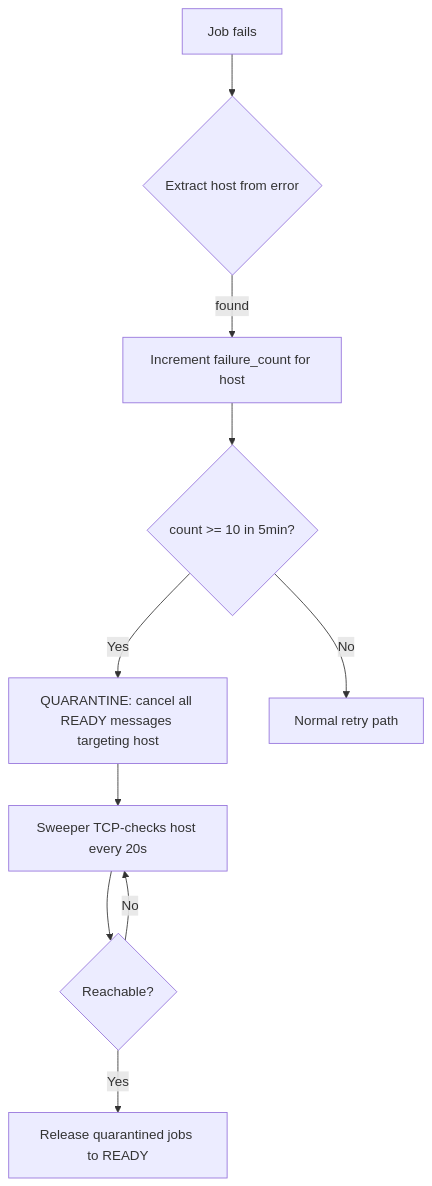
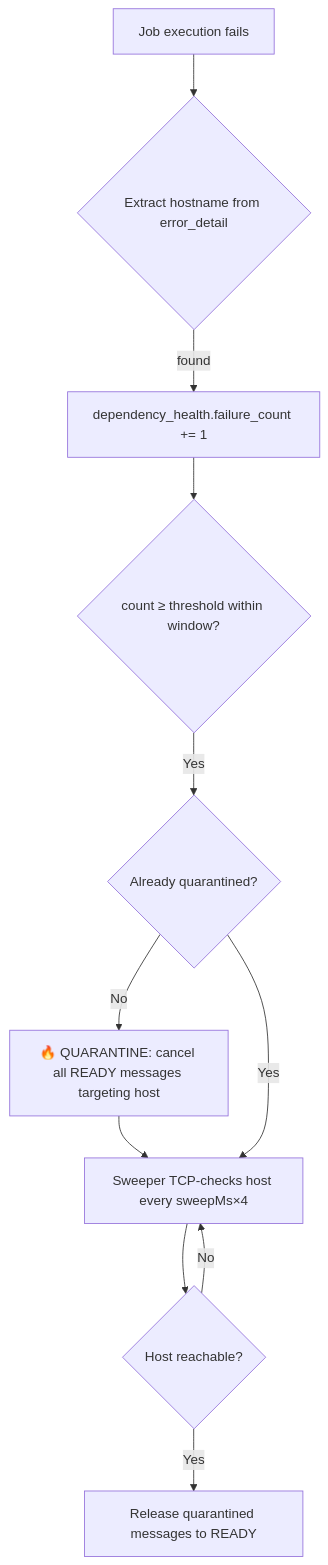
The ninth of 11 diagrams in docs/ARCHITECTURE.md (MaNiSh-9211/Schedula), drawn with Mermaid before and after one commit. The commit also changed other lines of this file, not shown here.

Commit message:
architecture docs: 12 accurate mermaid diagrams verified against source code, added worker lifecycle, health scoring gate, signal/child workflow, retry oracle learning loop, circuit breaker state machine, cascade firewall flow

````diff
--- a/docs/ARCHITECTURE.md
+++ b/docs/ARCHITECTURE.md
@@ -205,13 +287,13 @@
 ```mermaid
 flowchart TD
-    A[Job fails] --> B{Extract host from error}
-    B -->|found| C[Increment failure_count for host]
-    C --> D{count >= 10 in 5min?}
-    D -- Yes --> E[QUARANTINE: cancel all READY messages targeting host]
-    D -- No --> F[Normal retry path]
-
-    E --> G[Sweeper TCP-checks host every 20s]
-    G --> H{Reachable?}
-    H -- Yes --> I[Release quarantined jobs to READY]
+    A[Job execution fails] --> B{Extract hostname from error_detail}
+    B -->|found| C["dependency_health.failure_count += 1"]
+    C --> D{count ≥ threshold within window?}
+    D -- Yes --> E{Already quarantined?}
+    E -- No --> F[🔥 QUARANTINE: cancel all READY messages targeting host]
+    F --> G[Sweeper TCP-checks host every sweepMs×4]
+    E -- Yes --> G
+    G --> H{Host reachable?}
+    H -- Yes --> I[Release quarantined messages to READY]
     H -- No --> G
 ```
````
